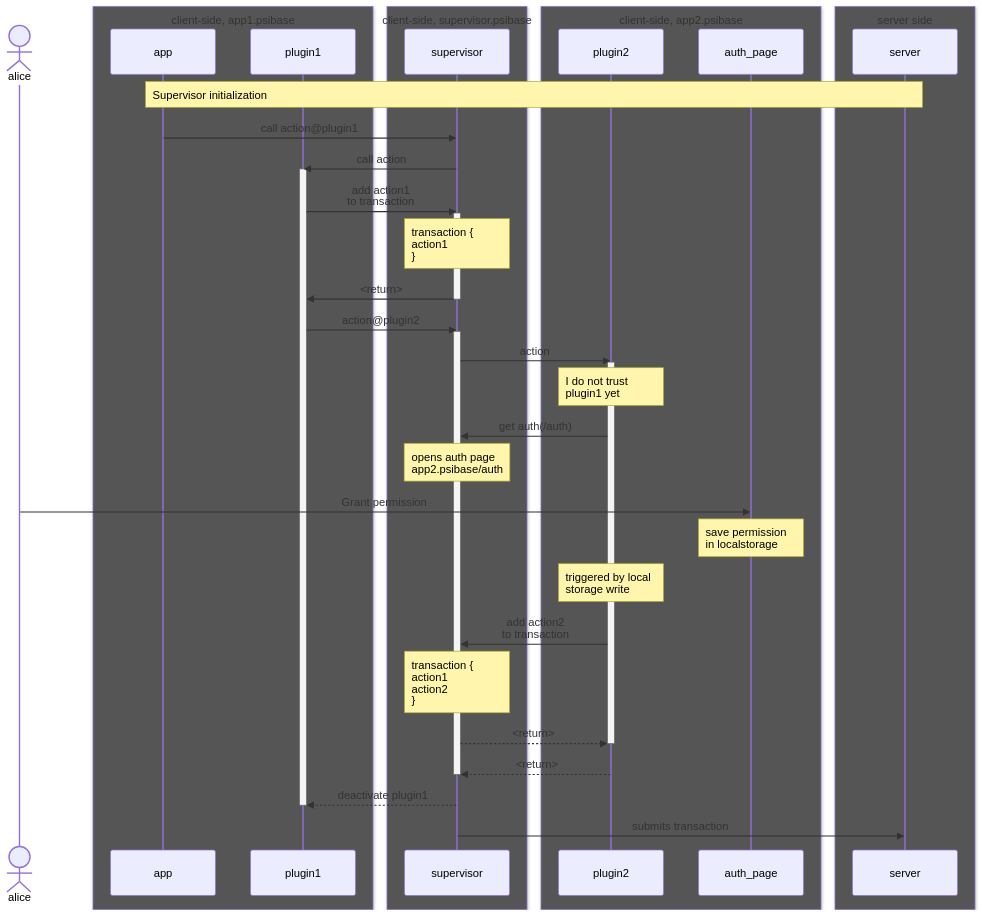
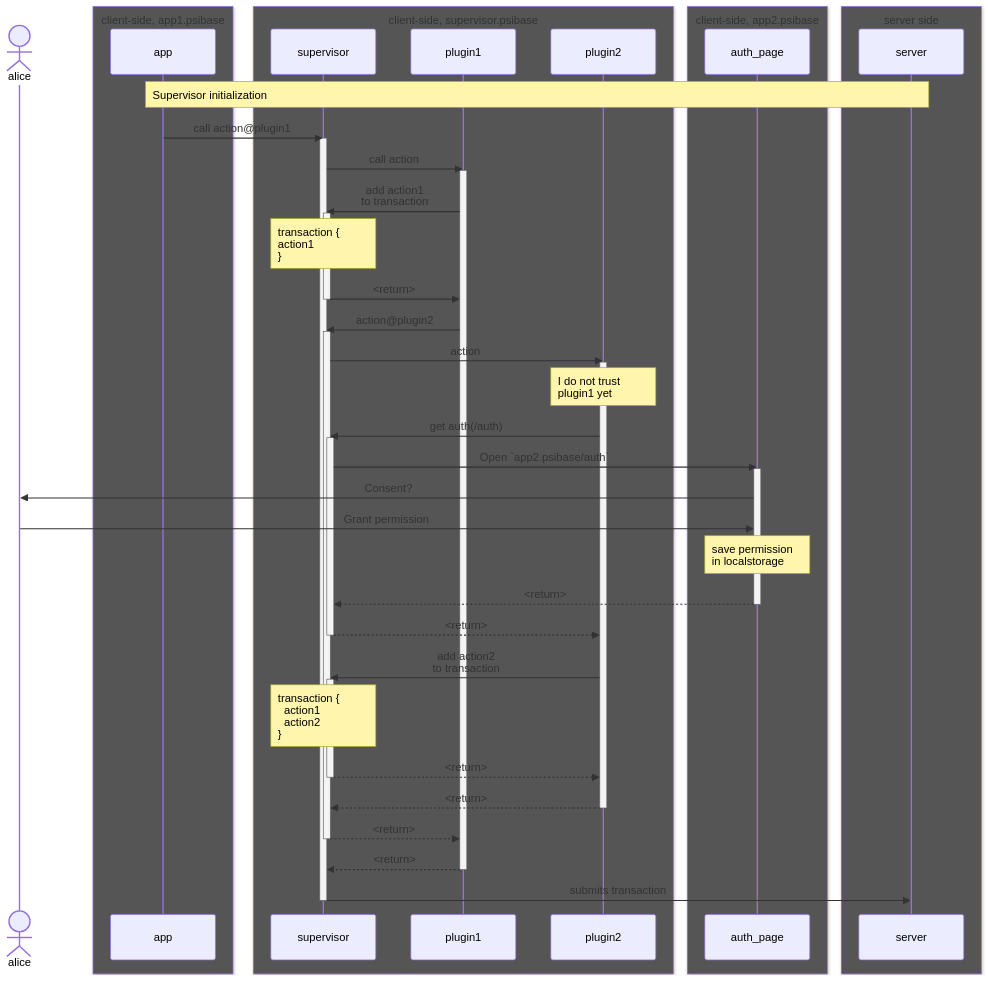
One commit to gofractally/psibase changed the third of 3 diagrams in doc/psidk/src/specifications/app-architecture/supervisor.md. Above: the diagram before and after it, drawn with Mermaid. The commit also changed other lines of this file and 5 other files, not shown here.

````diff
--- a/doc/psidk/src/specifications/app-architecture/supervisor.md
+++ b/doc/psidk/src/specifications/app-architecture/supervisor.md
@@ -217,56 +213,66 @@
 ```mermaid
 %%{init: { 'sequence': {'noteAlign': 'left'} }}%%
 sequenceDiagram
 
 actor alice
 box rgb(85,85,85) client-side, app1.psibase
 participant app
-participant plugin1
 end
 box rgb(85,85,85) client-side, supervisor.psibase
 participant supervisor
+participant plugin1
+participant plugin2
 end
 box rgb(85,85,85) client-side, app2.psibase
-participant plugin2
 participant auth_page
 end
 box rgb(85,85,85) server side
 participant server
 end
 
 Note over app,server: Supervisor initialization
 
 app->>supervisor: call action@plugin1
+activate supervisor
 supervisor->>plugin1: call action
 activate plugin1
 plugin1->>supervisor: add action1<br>to transaction
 activate supervisor
 note over supervisor: transaction {<br>action1<br>}
 supervisor->>plugin1: <return>
 deactivate supervisor
 
 plugin1->>supervisor: action@plugin2
 activate supervisor
 supervisor->>plugin2: action
 activate plugin2
 
 # Interact with the user
     note over plugin2: I do not trust<br>plugin1 yet
     plugin2->>supervisor: get auth(/auth)
-    note over supervisor: opens auth page<br>app2.psibase/auth
+    activate supervisor
+    supervisor->>auth_page: Open `app2.psibase/auth`
+    activate auth_page
+    auth_page->>alice: Consent?
     alice->>auth_page: Grant permission
     note over auth_page: save permission<br>in localstorage
-    note over plugin2: triggered by local<br>storage write
+    auth_page-->>supervisor: <return>
+    deactivate auth_page
 
-
+supervisor-->>plugin2: <return>
+deactivate supervisor
 plugin2->>supervisor: add action2<br>to transaction
-note over supervisor: transaction {<br>action1<br>action2<br>}
+activate supervisor
+note over supervisor: transaction {<br>  action1<br>  action2<br>}
 supervisor-->>plugin2: <return>
+deactivate supervisor
+plugin2-->>supervisor: <return>
 deactivate plugin2
-plugin2-->>supervisor: <return>
+supervisor-->>plugin1: <return>
 deactivate supervisor
-supervisor-->>plugin1: deactivate plugin1
+plugin1-->>supervisor: <return>
 deactivate plugin1
 supervisor->>server: submits transaction
+deactivate supervisor
 
 ```
````
